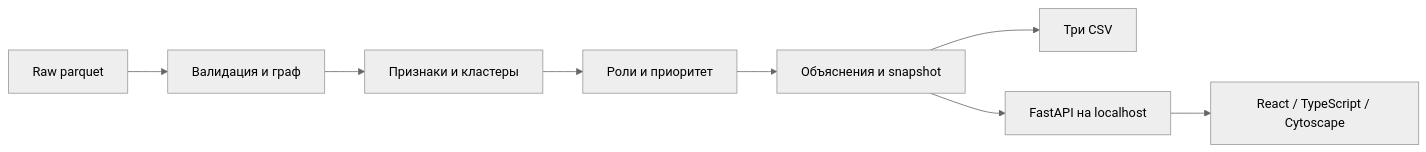
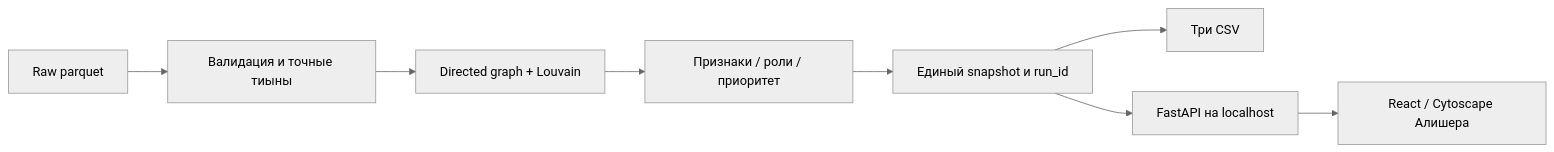
Before and after one commit to BAITC-Hacks/hack-1eeed6ff-s-ztech: the diagram in README.md, drawn with Mermaid (neutral theme). The commit also changed other lines of this file and 13 other files, not shown here.

````diff
--- a/README.md
+++ b/README.md
@@ -95,10 +138,10 @@
 ```mermaid
 flowchart LR
-  P[Raw parquet] --> V[Валидация и граф]
-  V --> F[Признаки и кластеры]
-  F --> R[Роли и приоритет]
-  R --> E[Объяснения и snapshot]
-  E --> C[Три CSV]
-  E --> A[FastAPI на localhost]
-  A --> U[React / TypeScript / Cytoscape]
+    RAW[Raw parquet] --> CHECK[Валидация и точные тиыны]
+    CHECK --> GRAPH[Directed graph + Louvain]
+    GRAPH --> RULES[Признаки / роли / приоритет]
+    RULES --> SNAP[Единый snapshot и run_id]
+    SNAP --> CSV[Три CSV]
+    SNAP --> API[FastAPI на localhost]
+    API --> UI[React / Cytoscape Алишера]
 ```
````
